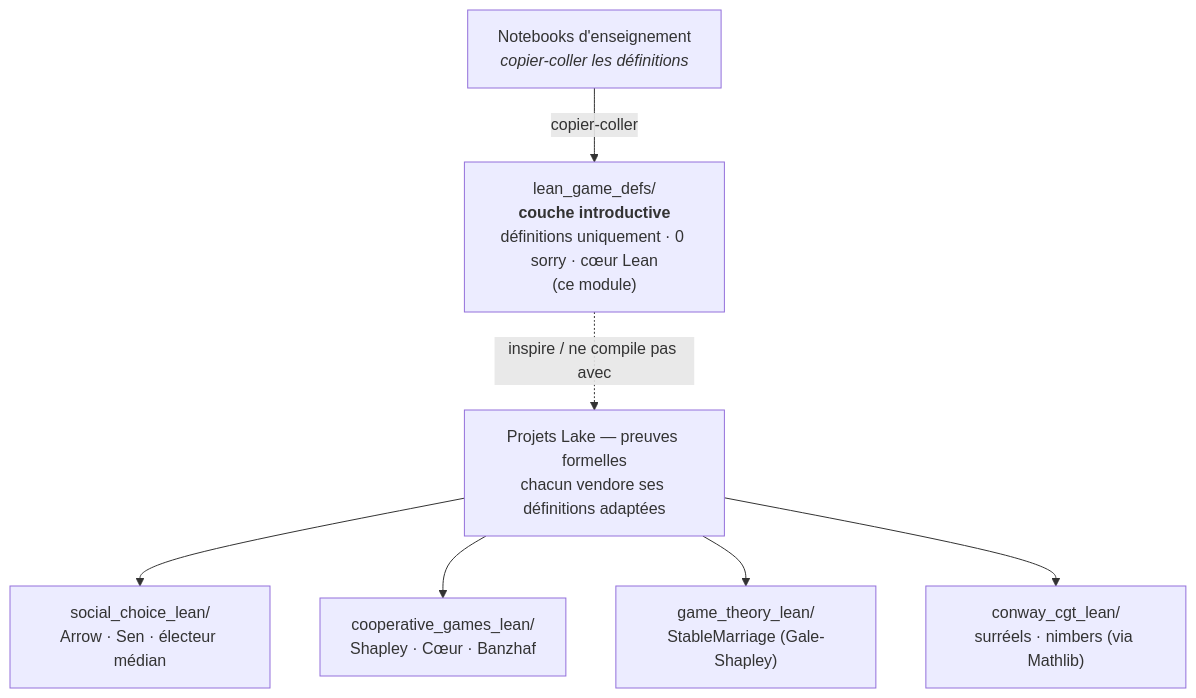
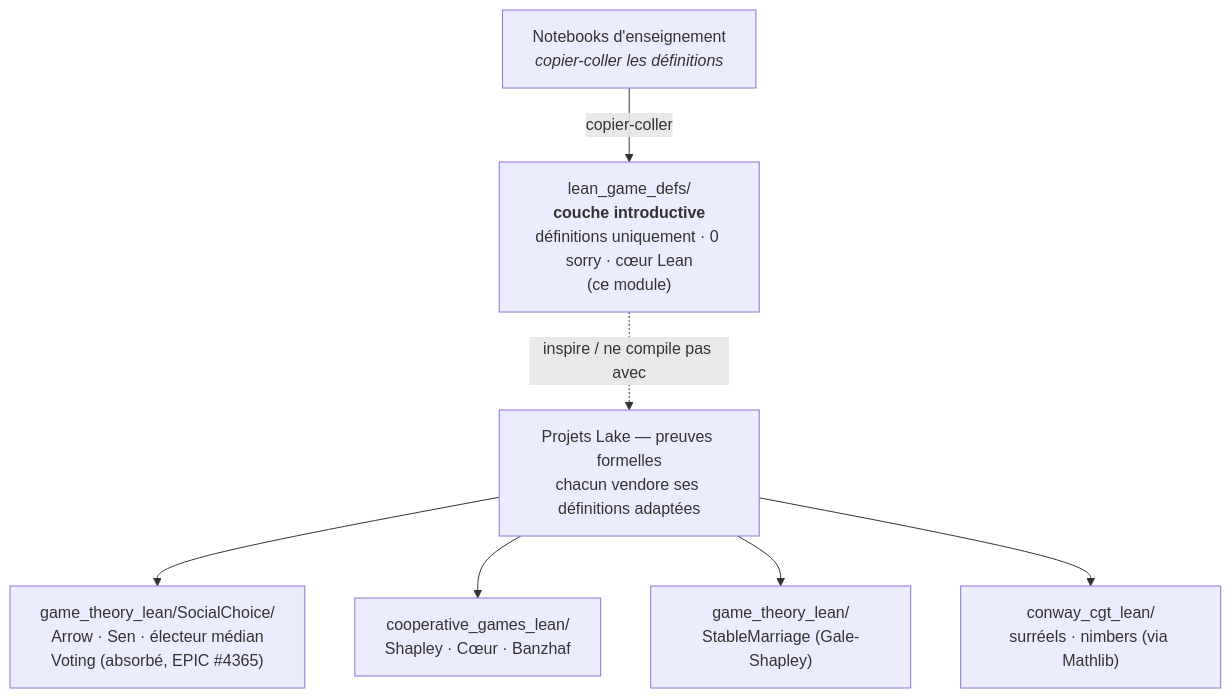
Before and after one commit to jsboige/CoursIA: the first of 2 diagrams in MyIA.AI.Notebooks/GameTheory/lean_game_defs/README.md, drawn with Mermaid. The commit also changed other lines of this file and 1 other file, not shown here.

First line of the commit message:
docs(lean-game-defs,#4365): correct 7 stale social_choice_lean/ refs in lean_game_defs/README.md + README.en.md

````diff
--- a/MyIA.AI.Notebooks/GameTheory/lean_game_defs/README.md
+++ b/MyIA.AI.Notebooks/GameTheory/lean_game_defs/README.md
@@ -57,17 +57,17 @@
 ```mermaid
 flowchart TD
     NOTEBOOKS["Notebooks d'enseignement<br/><i>copier-coller les définitions</i>"]
     INTRO["lean_game_defs/<br/><b>couche introductive</b><br/>définitions uniquement · 0 sorry · cœur Lean<br/>(ce module)"]
     PROJ["Projets Lake — preuves formelles<br/>chacun vendore ses définitions adaptées"]
-    SC["social_choice_lean/<br/>Arrow · Sen · électeur médian"]
+    SC["game_theory_lean/SocialChoice/<br/>Arrow · Sen · électeur médian<br/>Voting (absorbé, EPIC #4365)"]
     COOP["cooperative_games_lean/<br/>Shapley · Cœur · Banzhaf"]
     SM["game_theory_lean/<br/>StableMarriage (Gale-Shapley)"]
     CGT["conway_cgt_lean/<br/>surréels · nimbers (via Mathlib)"]
 
     NOTEBOOKS -->|"copier-coller"| INTRO
     INTRO -.->|"inspire / ne compile pas avec"| PROJ
     PROJ --> SC
     PROJ --> COOP
     PROJ --> SM
     PROJ --> CGT
 ```
````
